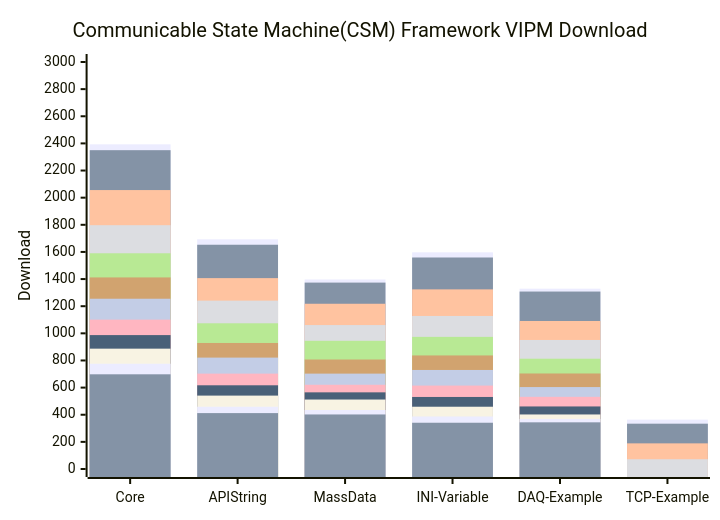
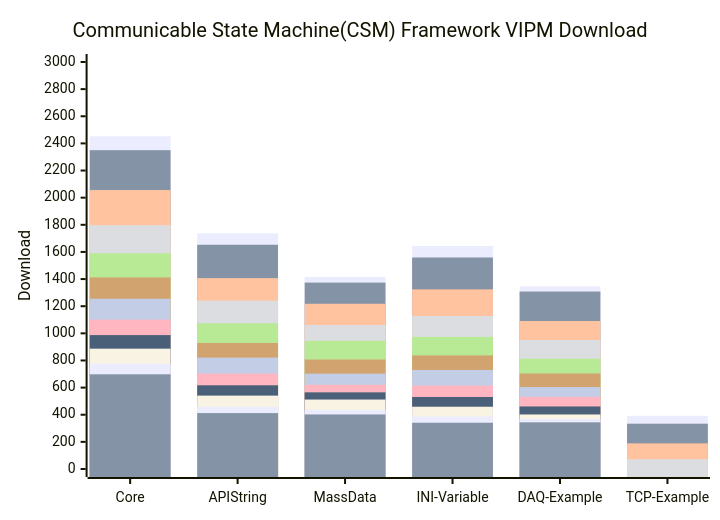
Before and after one commit to NEVSTOP-LAB/.github: the diagram in profile/README.md, drawn with Mermaid.

````diff
--- a/profile/README.md
+++ b/profile/README.md
@@ -31,18 +31,18 @@
 ```mermaid
     xychart-beta
     title "Communicable State Machine(CSM) Framework VIPM Download"
     x-axis [Core, API String, MassData, INI-Variable, DAQ-Example, TCP-Example]
     y-axis "Download" 0 --> 3000
-    bar   [2393, 1693, 1397, 1597, 1329, 364]
+    bar   [2452, 1738, 1416, 1644, 1347, 392]
     bar   [2350, 1653, 1374, 1559, 1308, 334]
     bar   [2056, 1407, 1218, 1324, 1091, 189]
     bar   [1797, 1241, 1061, 1128, 951, 72]
     bar   [1590, 1074, 945, 974, 813]
     bar   [1412, 929, 807, 837, 704]
     bar   [1255, 821, 703, 730, 604]
     bar   [1101, 703, 621, 615, 532]
     bar   [987, 617, 565, 531, 461]
     bar   [887, 541, 512, 459, 402]
     bar   [776, 459, 435, 387, 369]
     bar   [698, 412, 402, 341, 344]
 ```
````
